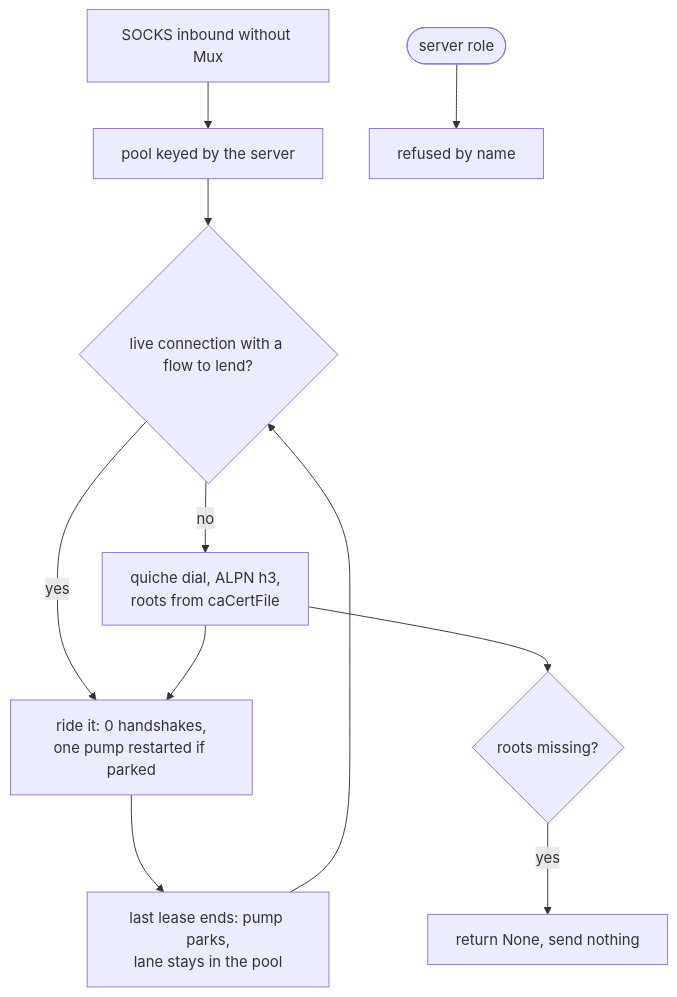
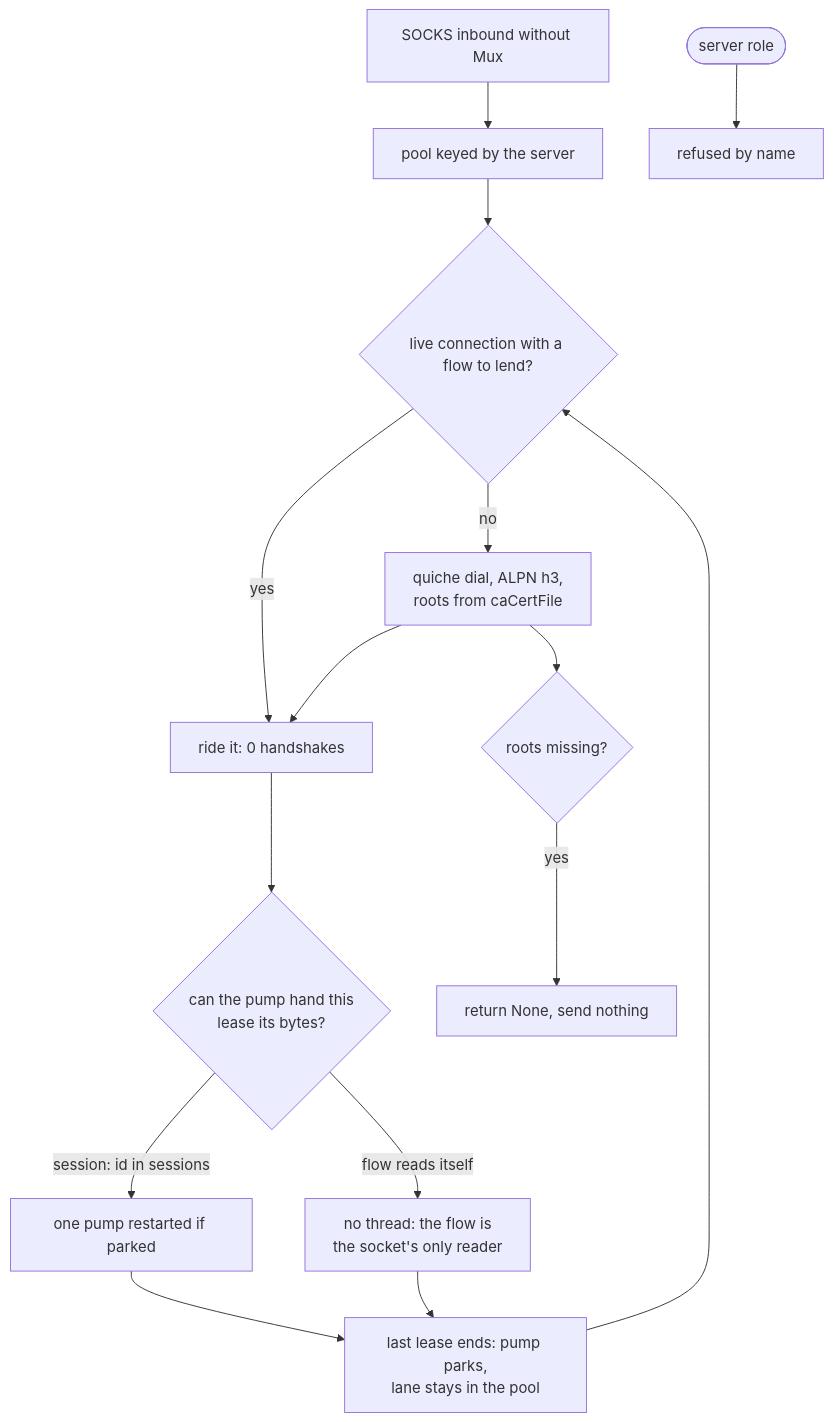
The diagram in docs/function/carrier-quic.md (Ferrocite/ferrox), drawn with Mermaid before and after one commit. The commit also changed other lines of this file and 2 other files, not shown here.

Commit message:
docs: the QUIC lane's second reader, its counters and the reason the h3 rows were slow

````diff
--- a/docs/function/carrier-quic.md
+++ b/docs/function/carrier-quic.md
@@ -25,13 +25,17 @@
 ```mermaid
 graph TD
     S["SOCKS inbound without Mux"] --> P["pool keyed by the server"]
     P --> Q{"live connection with a flow to lend?"}
-    Q -- yes --> U["ride it: 0 handshakes,<br/>one pump restarted if parked"]
+    Q -- yes --> U["ride it: 0 handshakes"]
     Q -- no --> D["quiche dial, ALPN h3,<br/>roots from caCertFile"]
     D --> U
-    U --> K["last lease ends: pump parks,<br/>lane stays in the pool"]
+    U --> V{"can the pump hand this<br/>lease its bytes?"}
+    V -- "session: id in sessions" --> W["one pump restarted if parked"]
+    V -- "flow reads itself" --> Y["no thread: the flow is<br/>the socket's only reader"]
+    W --> K["last lease ends: pump parks,<br/>lane stays in the pool"]
+    Y --> K
     K --> Q
     D --> N{"roots missing?"}
     N -- yes --> X["return None, send nothing"]
     H(["server role"]) --> R["refused by name"]
 ```
````
